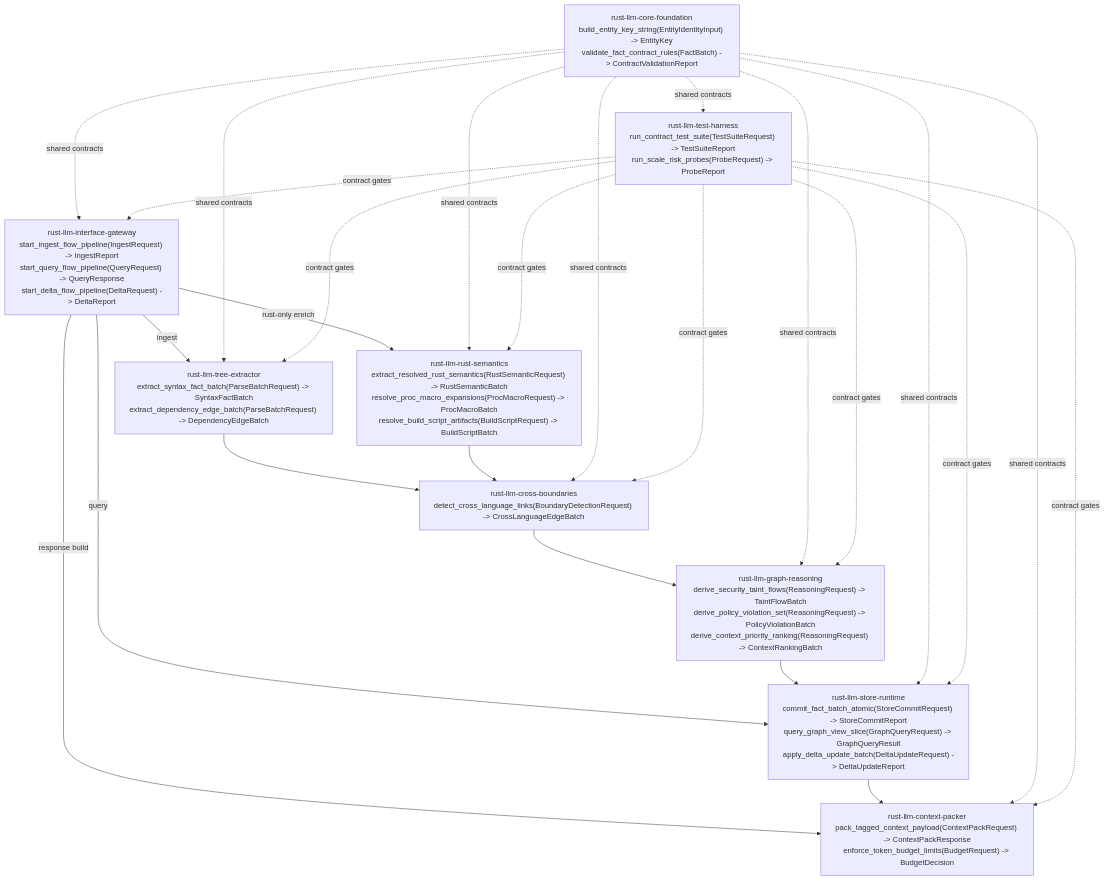
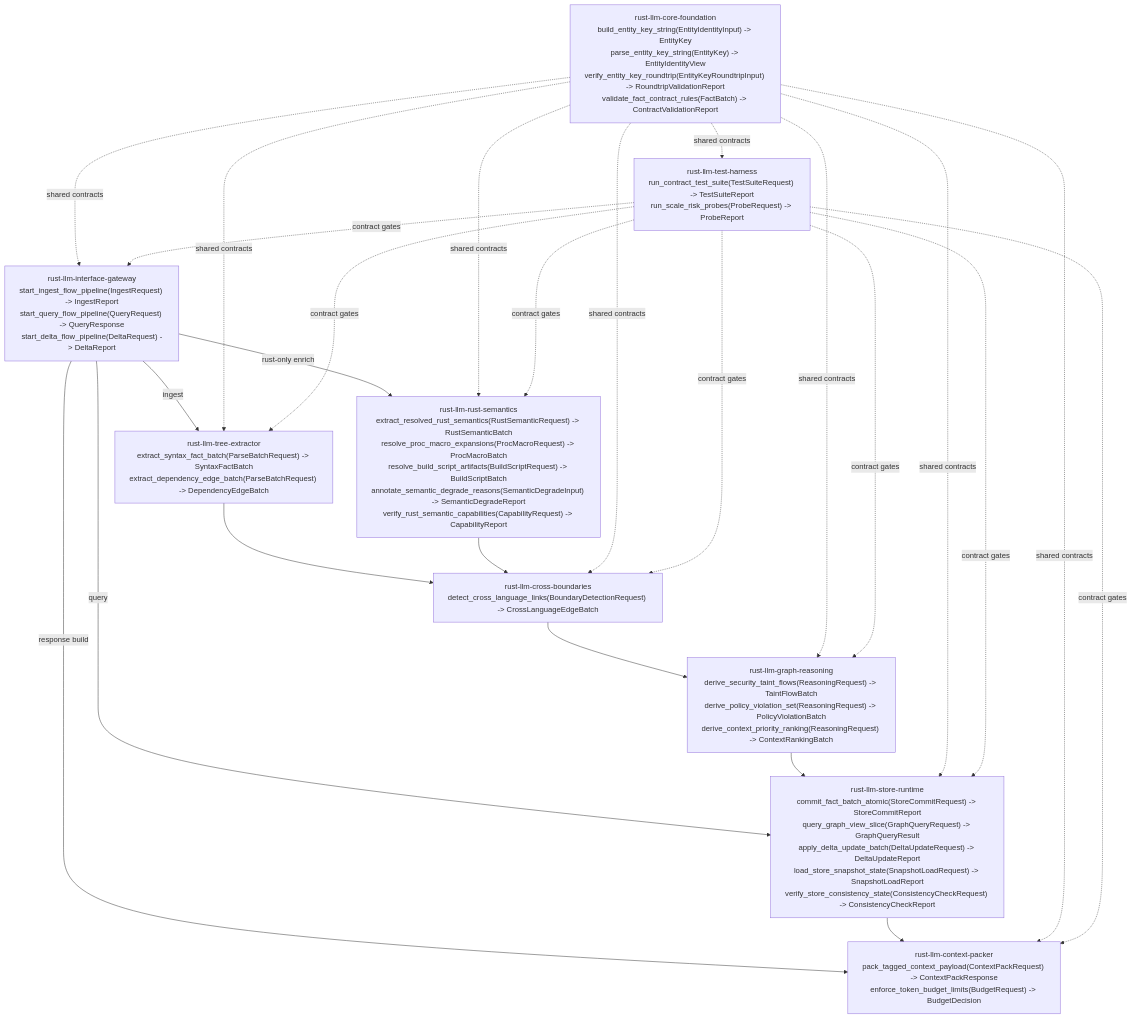
The diagram in docs/Prep-v200-Hashing-Risks-v01.md (that-in-rust/parseltongue-rust-LLM-companion), drawn with Mermaid before and after one commit. The commit also changed other lines of this file and 14 other files, not shown here.

````diff
--- a/docs/Prep-v200-Hashing-Risks-v01.md
+++ b/docs/Prep-v200-Hashing-Risks-v01.md
@@ -25,69 +26,75 @@
 ```mermaid
 flowchart TD
     GW["rust-llm-interface-gateway
 start_ingest_flow_pipeline(IngestRequest) -> IngestReport
 start_query_flow_pipeline(QueryRequest) -> QueryResponse
 start_delta_flow_pipeline(DeltaRequest) -> DeltaReport"]
 
     CF["rust-llm-core-foundation
 build_entity_key_string(EntityIdentityInput) -> EntityKey
+parse_entity_key_string(EntityKey) -> EntityIdentityView
+verify_entity_key_roundtrip(EntityKeyRoundtripInput) -> RoundtripValidationReport
 validate_fact_contract_rules(FactBatch) -> ContractValidationReport"]
 
     TE["rust-llm-tree-extractor
 extract_syntax_fact_batch(ParseBatchRequest) -> SyntaxFactBatch
 extract_dependency_edge_batch(ParseBatchRequest) -> DependencyEdgeBatch"]
 
     RS["rust-llm-rust-semantics
 extract_resolved_rust_semantics(RustSemanticRequest) -> RustSemanticBatch
 resolve_proc_macro_expansions(ProcMacroRequest) -> ProcMacroBatch
-resolve_build_script_artifacts(BuildScriptRequest) -> BuildScriptBatch"]
+resolve_build_script_artifacts(BuildScriptRequest) -> BuildScriptBatch
+annotate_semantic_degrade_reasons(SemanticDegradeInput) -> SemanticDegradeReport
+verify_rust_semantic_capabilities(CapabilityRequest) -> CapabilityReport"]
 
     CB["rust-llm-cross-boundaries
 detect_cross_language_links(BoundaryDetectionRequest) -> CrossLanguageEdgeBatch"]
 
     GR["rust-llm-graph-reasoning
 derive_security_taint_flows(ReasoningRequest) -> TaintFlowBatch
 derive_policy_violation_set(ReasoningRequest) -> PolicyViolationBatch
 derive_context_priority_ranking(ReasoningRequest) -> ContextRankingBatch"]
 
     SR["rust-llm-store-runtime
 commit_fact_batch_atomic(StoreCommitRequest) -> StoreCommitReport
 query_graph_view_slice(GraphQueryRequest) -> GraphQueryResult
-apply_delta_update_batch(DeltaUpdateRequest) -> DeltaUpdateReport"]
+apply_delta_update_batch(DeltaUpdateRequest) -> DeltaUpdateReport
+load_store_snapshot_state(SnapshotLoadRequest) -> SnapshotLoadReport
+verify_store_consistency_state(ConsistencyCheckRequest) -> ConsistencyCheckReport"]
 
     CP["rust-llm-context-packer
 pack_tagged_context_payload(ContextPackRequest) -> ContextPackResponse
 enforce_token_budget_limits(BudgetRequest) -> BudgetDecision"]
 
     TH["rust-llm-test-harness
 run_contract_test_suite(TestSuiteRequest) -> TestSuiteReport
 run_scale_risk_probes(ProbeRequest) -> ProbeReport"]
 
     GW -- ingest --> TE
     GW -- rust-only enrich --> RS
     GW -- query --> SR
     GW -- response build --> CP
 
     TE --> CB
     RS --> CB
     CB --> GR
     GR --> SR
     SR --> CP
 
     CF -. shared contracts .-> GW
     CF -. shared contracts .-> TE
     CF -. shared contracts .-> RS
     CF -. shared contracts .-> CB
     CF -. shared contracts .-> GR
     CF -. shared contracts .-> SR
     CF -. shared contracts .-> CP
     CF -. shared contracts .-> TH
 
     TH -. contract gates .-> GW
     TH -. contract gates .-> TE
     TH -. contract gates .-> RS
     TH -. contract gates .-> CB
     TH -. contract gates .-> GR
     TH -. contract gates .-> SR
     TH -. contract gates .-> CP
 ```
````
